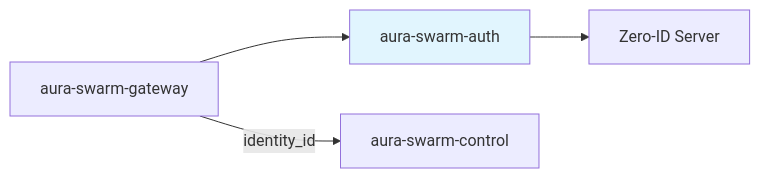
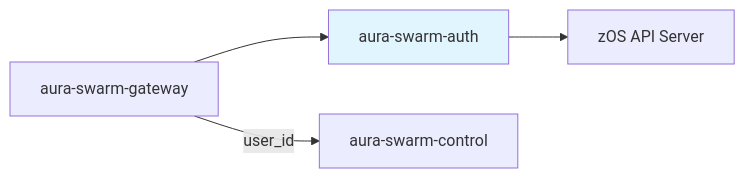
One commit to cypher-asi/aura-swarm changed the first of 2 diagrams in docs/spec/v0.1.0/07-auth.md. Above: the diagram before and after it, drawn with Mermaid. The commit also changed other lines of this file and 64 other files, not shown here.

First line of the commit message:
feat: migrate auth from Zero-ID to zOS

````diff
--- a/docs/spec/v0.1.0/07-auth.md
+++ b/docs/spec/v0.1.0/07-auth.md
@@ -18,8 +17,8 @@
 ```mermaid
 graph LR
     Gateway[aura-swarm-gateway] --> Auth[aura-swarm-auth]
-    Auth --> ZeroID[Zero-ID Server]
-    Gateway -->|identity_id| Control[aura-swarm-control]
+    Auth --> zOS[zOS API Server]
+    Gateway -->|user_id| Control[aura-swarm-control]
     
     style Auth fill:#e1f5fe
 ```
````
